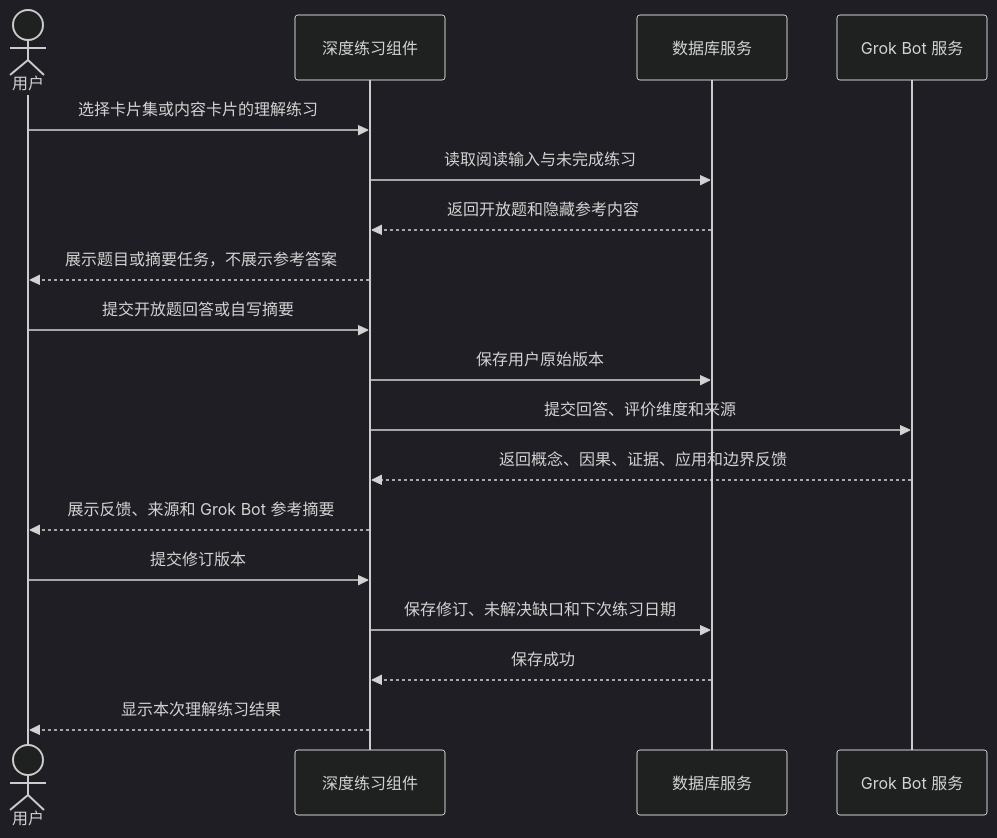
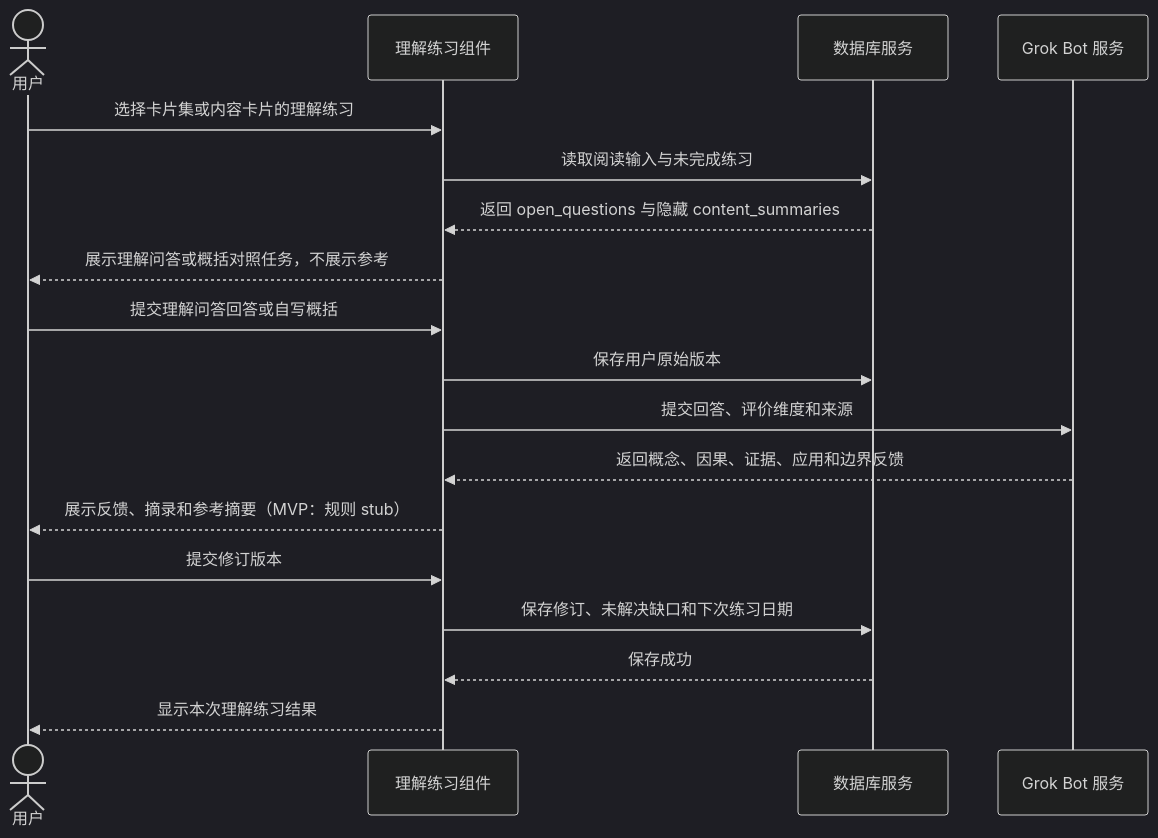
The third of 6 diagrams in docs/technical/sequences.md (TheWS/flash-bot), drawn with Mermaid (dark theme) before and after one commit. The commit also changed other lines of this file and 9 other files, not shown here.

````diff
--- a/docs/technical/sequences.md
+++ b/docs/technical/sequences.md
@@ -89,21 +89,21 @@
 ```mermaid
 sequenceDiagram
     actor U as 用户
-    participant A as 深度练习组件
+    participant A as 理解练习组件
     participant D as 数据库服务
     participant G as Grok Bot 服务
 
     U->>A: 选择卡片集或内容卡片的理解练习
     A->>D: 读取阅读输入与未完成练习
-    D-->>A: 返回开放题和隐藏参考内容
-    A-->>U: 展示题目或摘要任务，不展示参考答案
-    U->>A: 提交开放题回答或自写摘要
+    D-->>A: 返回 open_questions 与隐藏 content_summaries
+    A-->>U: 展示理解问答或概括对照任务，不展示参考
+    U->>A: 提交理解问答回答或自写概括
     A->>D: 保存用户原始版本
     A->>G: 提交回答、评价维度和来源
     G-->>A: 返回概念、因果、证据、应用和边界反馈
-    A-->>U: 展示反馈、来源和 Grok Bot 参考摘要
+    A-->>U: 展示反馈、摘录和参考摘要（MVP：规则 stub）
     U->>A: 提交修订版本
     A->>D: 保存修订、未解决缺口和下次练习日期
     D-->>A: 保存成功
     A-->>U: 显示本次理解练习结果
 ```
````
